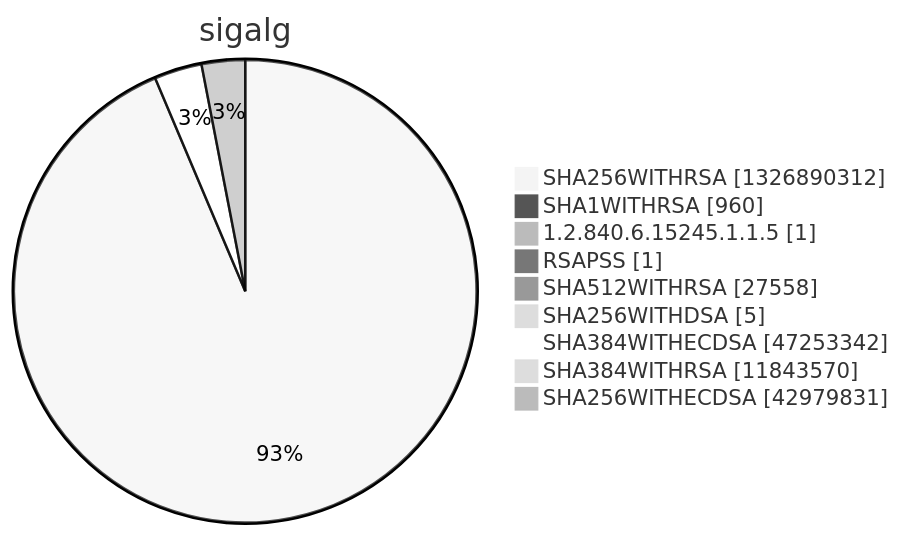
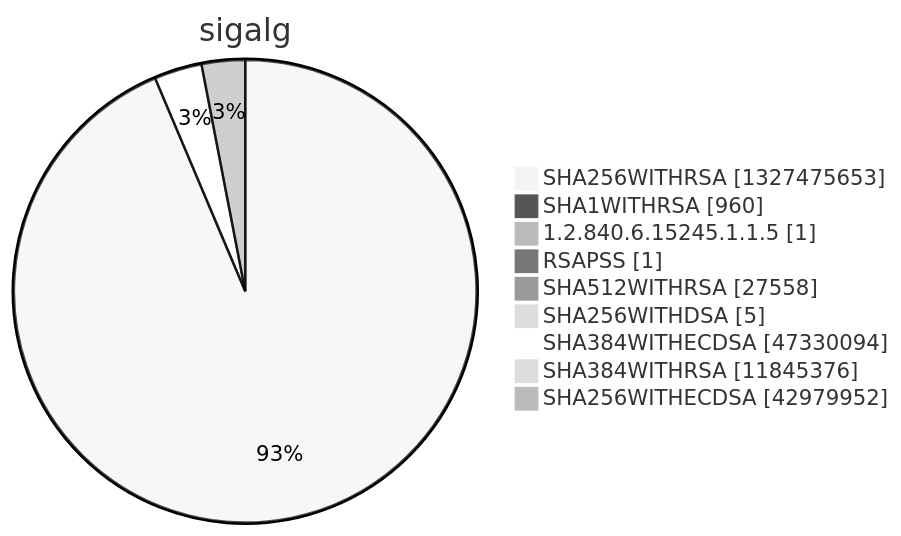
Before and after one commit to christiankrug/ctmonitor_visualization: diagram 15 of 15 in argon2022/README.md, drawn with Mermaid (neutral theme). The commit also changed other lines of this file, not shown here.

````diff
--- a/argon2022/README.md
+++ b/argon2022/README.md
@@ -5524,13 +5524,13 @@
 ```mermaid
 pie showData
 title sigalg
-"SHA256WITHRSA" :1326890312
+"SHA256WITHRSA" :1327475653
 "SHA1WITHRSA" :960
 "1.2.840.6.15245.1.1.5" :1
 "RSAPSS" :1
 "SHA512WITHRSA" :27558
 "SHA256WITHDSA" :5
-"SHA384WITHECDSA" :47253342
-"SHA384WITHRSA" :11843570
-"SHA256WITHECDSA" :42979831
+"SHA384WITHECDSA" :47330094
+"SHA384WITHRSA" :11845376
+"SHA256WITHECDSA" :42979952
 ```
````
